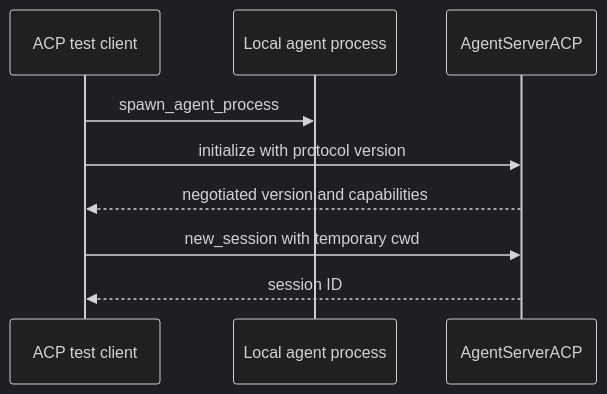
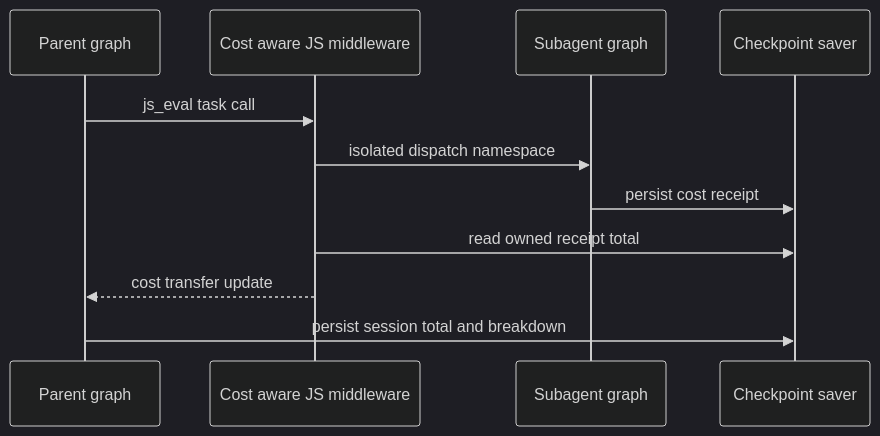
Before and after one commit to langchain-ai/deepagents: the first of 2 diagrams in openwiki/testing/testing-guide.md, drawn with Mermaid (dark theme). The commit also changed other lines of this file and 43 other files, not shown here.

````diff
--- a/openwiki/testing/testing-guide.md
+++ b/openwiki/testing/testing-guide.md
@@ -108,11 +103,13 @@
 ```mermaid
 sequenceDiagram
-    participant Client as ACP test client
-    participant Process as Local agent process
-    participant Server as AgentServerACP
-    Client->>Process: spawn_agent_process
-    Client->>Server: initialize with protocol version
-    Server-->>Client: negotiated version and capabilities
-    Client->>Server: new_session with temporary cwd
-    Server-->>Client: session ID
+    participant Parent as Parent graph
+    participant JS as Cost aware JS middleware
+    participant Child as Subagent graph
+    participant Saver as Checkpoint saver
+    Parent->>JS: js_eval task call
+    JS->>Child: isolated dispatch namespace
+    Child->>Saver: persist cost receipt
+    JS->>Saver: read owned receipt total
+    JS-->>Parent: cost transfer update
+    Parent->>Saver: persist session total and breakdown
 ```
````
